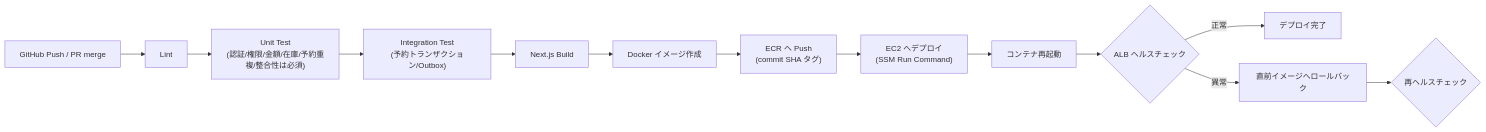
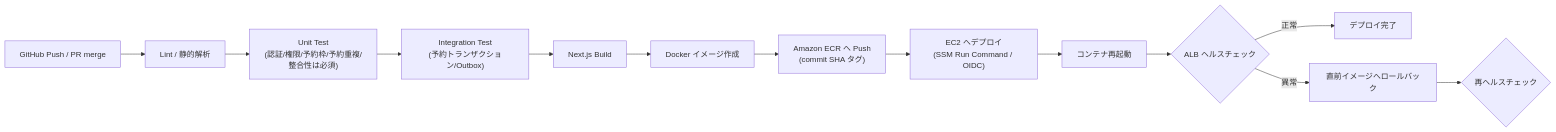
One commit to wataru-naba/ozaki-rsv-nextjs changed the sixth of 7 diagrams in docs/aws-production-architecture.md. Above: the diagram before and after it, drawn with Mermaid. The commit also changed other lines of this file, not shown here.

````diff
--- a/docs/aws-production-architecture.md
+++ b/docs/aws-production-architecture.md
@@ -764,15 +860,15 @@
 ```mermaid
 flowchart LR
-    Push["GitHub Push / PR merge"] --> Lint["Lint"]
-    Lint --> UT["Unit Test<br/>(認証/権限/金額/在庫/予約重複/整合性は必須)"]
+    Push["GitHub Push / PR merge"] --> Lint["Lint / 静的解析"]
+    Lint --> UT["Unit Test<br/>(認証/権限/予約枠/予約重複/整合性は必須)"]
     UT --> IT["Integration Test<br/>(予約トランザクション/Outbox)"]
     IT --> Build["Next.js Build"]
     Build --> Image["Docker イメージ作成"]
-    Image --> ECR["ECR へ Push<br/>(commit SHA タグ)"]
-    ECR --> Deploy["EC2 へデプロイ<br/>(SSM Run Command)"]
+    Image --> ECR["Amazon ECR へ Push<br/>(commit SHA タグ)"]
+    ECR --> Deploy["EC2 へデプロイ<br/>(SSM Run Command / OIDC)"]
     Deploy --> Restart["コンテナ再起動"]
     Restart --> HC{"ALB ヘルスチェック"}
     HC -- 正常 --> Done["デプロイ完了"]
     HC -- 異常 --> RB["直前イメージへロールバック"]
     RB --> HC2{"再ヘルスチェック"}
 ```
````
